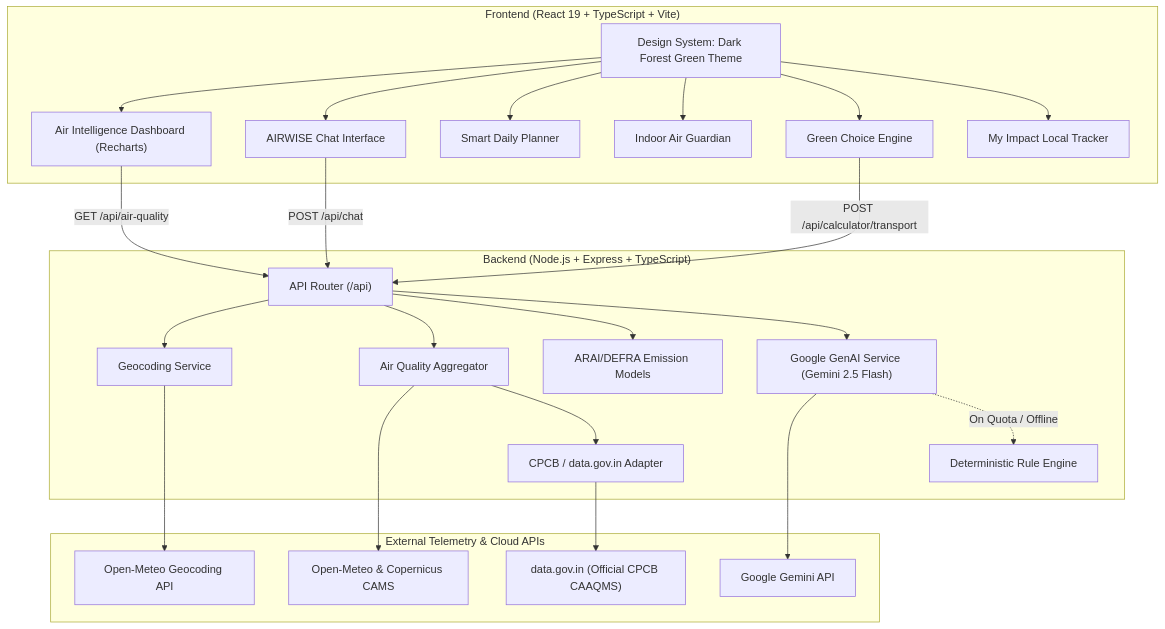
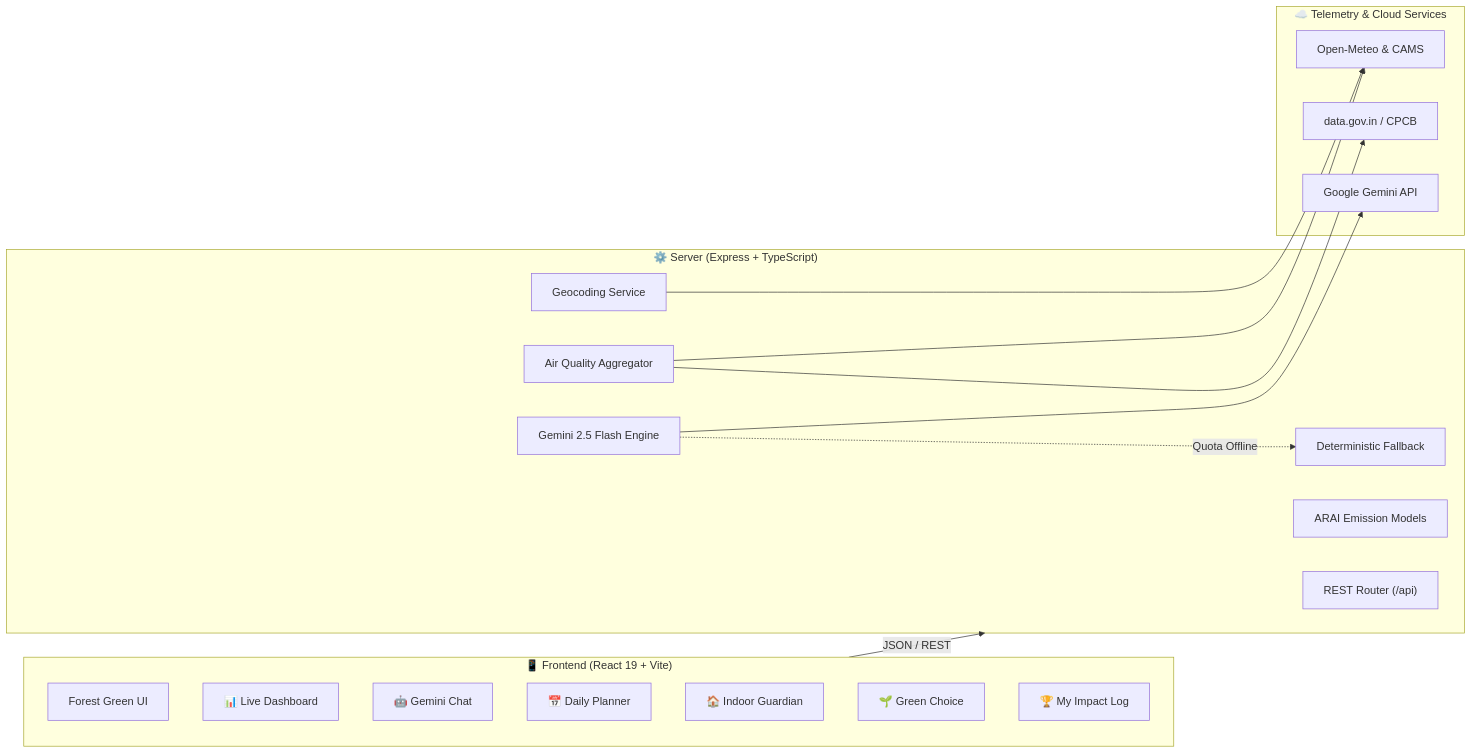
One commit to mahik2007/AIRWISE changed the first of 2 diagrams in README.md. Above: the diagram before and after it, drawn with Mermaid. The commit also changed other lines of this file, not shown here.

Commit message:
docs: streamline README with high-density visual ASCII cards, diagrams, and concise layout

````diff
--- a/README.md
+++ b/README.md
@@ -120,42 +34,33 @@
 ```mermaid
-flowchart TD
-    subgraph Client["Frontend (React 19 + TypeScript + Vite)"]
-        UI["Design System: Dark Forest Green Theme"]
-        DASH["Air Intelligence Dashboard (Recharts)"]
-        AI_UI["AIRWISE Chat Interface"]
-        PLAN["Smart Daily Planner"]
-        INDOOR["Indoor Air Guardian"]
-        CHOICE["Green Choice Engine"]
-        IMP["My Impact Local Tracker"]
+flowchart LR
+    subgraph Client["📱 Frontend (React 19 + Vite)"]
+        UI["Forest Green UI"]
+        DASH["📊 Live Dashboard"]
+        COPILOT["🤖 Gemini Chat"]
+        PLAN["📅 Daily Planner"]
+        INDOOR["🏠 Indoor Guardian"]
+        GREEN["🌱 Green Choice"]
+        LOG["🏆 My Impact Log"]
     end
 
-    subgraph Server["Backend (Node.js + Express + TypeScript)"]
-        ROUTER["API Router (/api)"]
-        GEO_SVC["Geocoding Service"]
-        AQ_SVC["Air Quality Aggregator"]
-        CPCB_ADAPT["CPCB / data.gov.in Adapter"]
-        EMISS["ARAI/DEFRA Emission Models"]
-        GEMINI_SVC["Google GenAI Service (Gemini 2.5 Flash)"]
-        FALLBACK["Deterministic Rule Engine"]
+    subgraph Backend["⚙️ Server (Express + TypeScript)"]
+        API["REST Router (/api)"]
+        GEO["Geocoding Service"]
+        AQ["Air Quality Aggregator"]
+        MODEL["ARAI Emission Models"]
+        GEMINI["Gemini 2.5 Flash Engine"]
+        FALLBACK["Deterministic Fallback"]
     end
 
-    subgraph External["External Telemetry & Cloud APIs"]
-        OM_GEO["Open-Meteo Geocoding API"]
-        OM_AQ["Open-Meteo & Copernicus CAMS"]
-        DATA_GOV["data.gov.in (Official CPCB CAAQMS)"]
-        G_AI["Google Gemini API"]
+    subgraph DataSources["☁️ Telemetry & Cloud Services"]
+        OM["Open-Meteo & CAMS"]
+        CPCB["data.gov.in / CPCB"]
+        AI["Google Gemini API"]
     end
 
-    UI --> DASH & AI_UI & PLAN & INDOOR & CHOICE & IMP
-    DASH -->|GET /api/air-quality| ROUTER
-    AI_UI -->|POST /api/chat| ROUTER
-    CHOICE -->|POST /api/calculator/transport| ROUTER
-
-    ROUTER --> GEO_SVC --> OM_GEO
-    ROUTER --> AQ_SVC
-    AQ_SVC --> OM_AQ
-    AQ_SVC --> CPCB_ADAPT --> DATA_GOV
-    ROUTER --> EMISS
-    ROUTER --> GEMINI_SVC --> G_AI
-    GEMINI_SVC -.->|On Quota / Offline| FALLBACK
+    Client -->|JSON / REST| Backend
+    GEO --> OM
+    AQ --> OM & CPCB
+    GEMINI --> AI
+    GEMINI -.->|Quota Offline| FALLBACK
 ```
````
